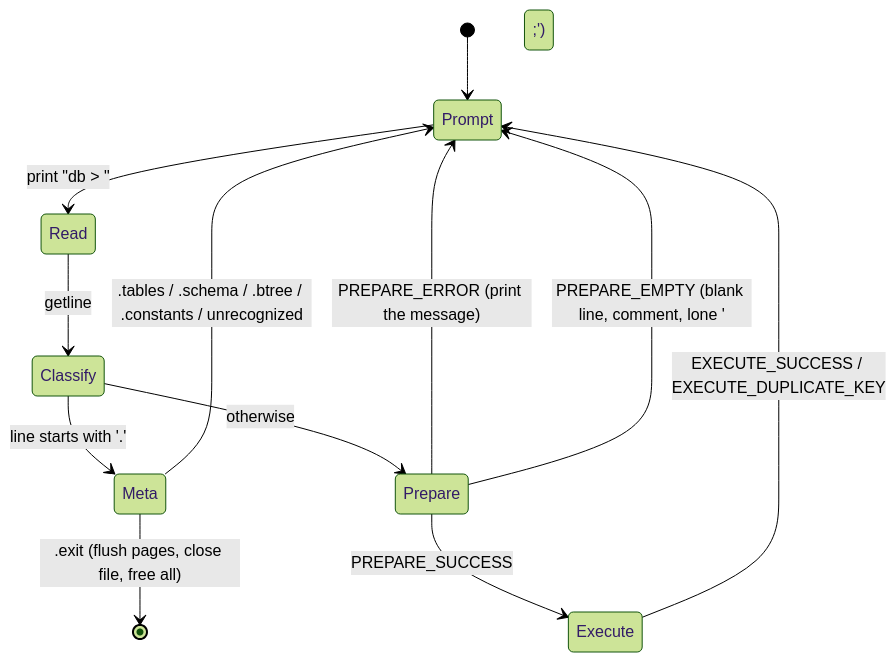
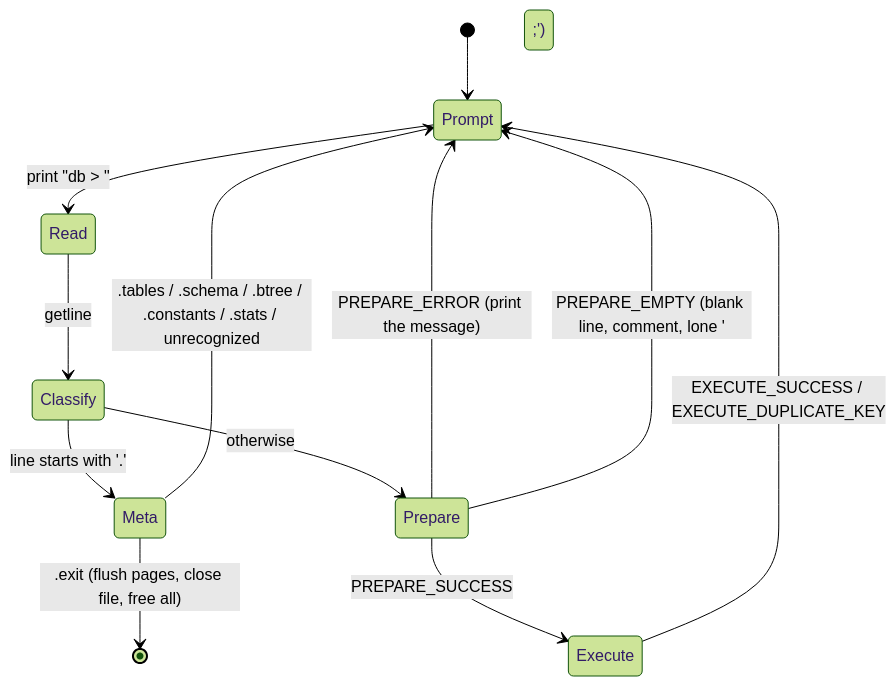
One commit to Rohitangshu2026/mini-sql changed diagram 16 of 22 in README.md. Above: the diagram before and after it, drawn with Mermaid (forest theme). The commit also changed other lines of this file, not shown here.

````diff
--- a/README.md
+++ b/README.md
@@ -920,18 +979,18 @@
 ```mermaid
 stateDiagram-v2
     [*] --> Prompt
     Prompt --> Read : print "db > "
     Read --> Classify : getline
 
     Classify --> Meta : line starts with '.'
     Classify --> Prepare : otherwise
 
-    Meta --> Prompt : .tables / .schema / .btree / .constants / unrecognized
+    Meta --> Prompt : .tables / .schema / .btree / .constants / .stats / unrecognized
     Meta --> [*] : .exit (flush pages, close file, free all)
 
     Prepare --> Execute : PREPARE_SUCCESS
     Prepare --> Prompt : PREPARE_ERROR (print the message)
     Prepare --> Prompt : PREPARE_EMPTY (blank line, comment, lone ';')
 
     Execute --> Prompt : EXECUTE_SUCCESS / EXECUTE_DUPLICATE_KEY
 ```
````
